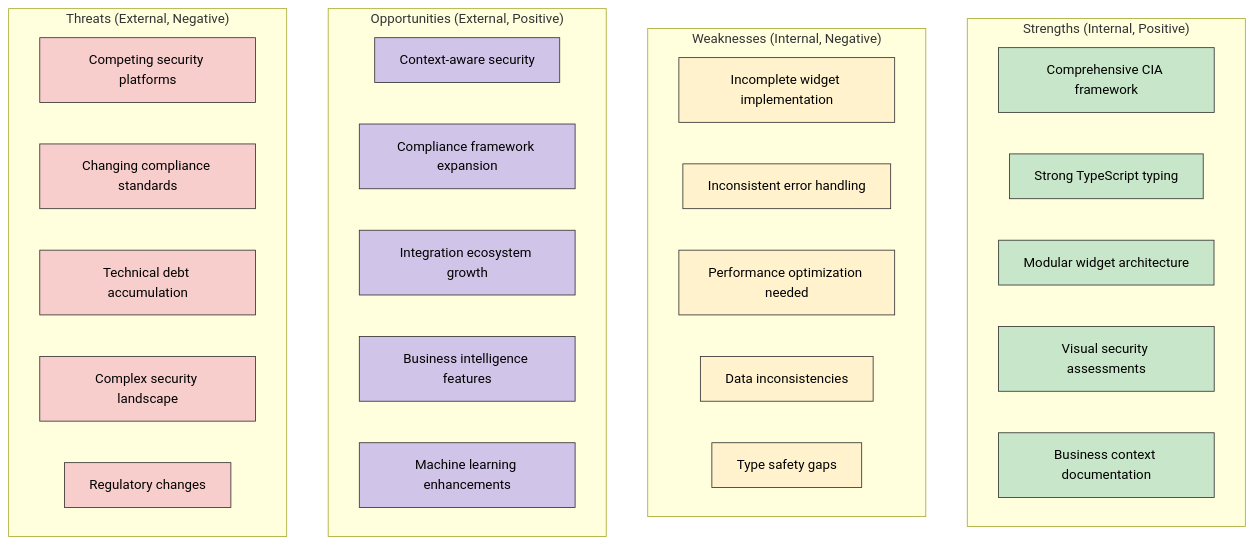
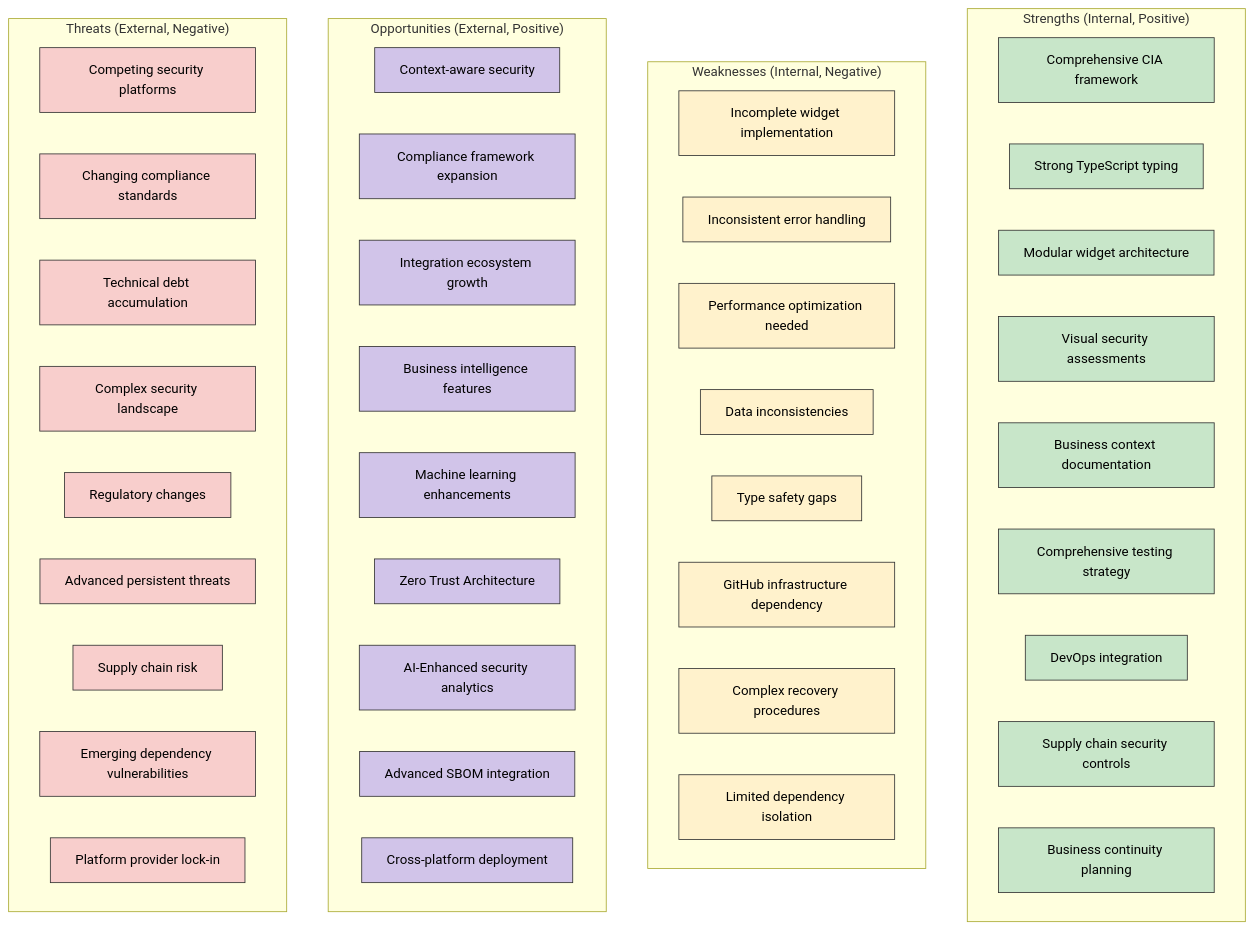
Before and after one commit to Hack23/cia-compliance-manager: the second of 7 diagrams in docs/architecture/SWOT.md, drawn with Mermaid. The commit also changed other lines of this file, not shown here.

Commit message:
feat(SWOT): expand SWOT analysis with additional strengths, weaknesses, opportunities, and threats

````diff
--- a/docs/architecture/SWOT.md
+++ b/docs/architecture/SWOT.md
@@ -94,45 +109,60 @@
 ```mermaid
 graph TD
     subgraph "Strengths (Internal, Positive)"
         S1["Comprehensive CIA framework"]
         S2["Strong TypeScript typing"]
         S3["Modular widget architecture"]
         S4["Visual security assessments"]
         S5["Business context documentation"]
+        S6["Comprehensive testing strategy"]
+        S7["DevOps integration"]
+        S8["Supply chain security controls"]
+        S9["Business continuity planning"]
     end
 
     subgraph "Weaknesses (Internal, Negative)"
         W1["Incomplete widget implementation"]
         W2["Inconsistent error handling"]
         W3["Performance optimization needed"]
         W4["Data inconsistencies"]
         W5["Type safety gaps"]
+        W6["GitHub infrastructure dependency"]
+        W7["Complex recovery procedures"]
+        W8["Limited dependency isolation"]
     end
 
     subgraph "Opportunities (External, Positive)"
         O1["Context-aware security"]
         O2["Compliance framework expansion"]
         O3["Integration ecosystem growth"]
         O4["Business intelligence features"]
         O5["Machine learning enhancements"]
+        O6["Zero Trust Architecture"]
+        O7["AI-Enhanced security analytics"]
+        O8["Advanced SBOM integration"]
+        O9["Cross-platform deployment"]
     end
 
     subgraph "Threats (External, Negative)"
         T1["Competing security platforms"]
         T2["Changing compliance standards"]
         T3["Technical debt accumulation"]
         T4["Complex security landscape"]
         T5["Regulatory changes"]
+        T6["Advanced persistent threats"]
+        T7["Supply chain risk"]
+        T8["Emerging dependency vulnerabilities"]
+        T9["Platform provider lock-in"]
     end
 
     %% Style
     classDef strengths fill:#c8e6c9,stroke:#333,stroke-width:1px,color:black
     classDef weaknesses fill:#fff2cc,stroke:#333,stroke-width:1px,color:black
     classDef opportunities fill:#d1c4e9,stroke:#333,stroke-width:1px,color:black
     classDef threats fill:#f8cecc,stroke:#333,stroke-width:1px,color:black
 
-    class S1,S2,S3,S4,S5 strengths
-    class W1,W2,W3,W4,W5 weaknesses
-    class O1,O2,O3,O4,O5 opportunities
-    class T1,T2,T3,T4,T5 threats
+    class S1,S2,S3,S4,S5,S6,S7,S8,S9 strengths
+    class W1,W2,W3,W4,W5,W6,W7,W8 weaknesses
+    class O1,O2,O3,O4,O5,O6,O7,O8,O9 opportunities
+    class T1,T2,T3,T4,T5,T6,T7,T8,T9 threats
 ```
````
